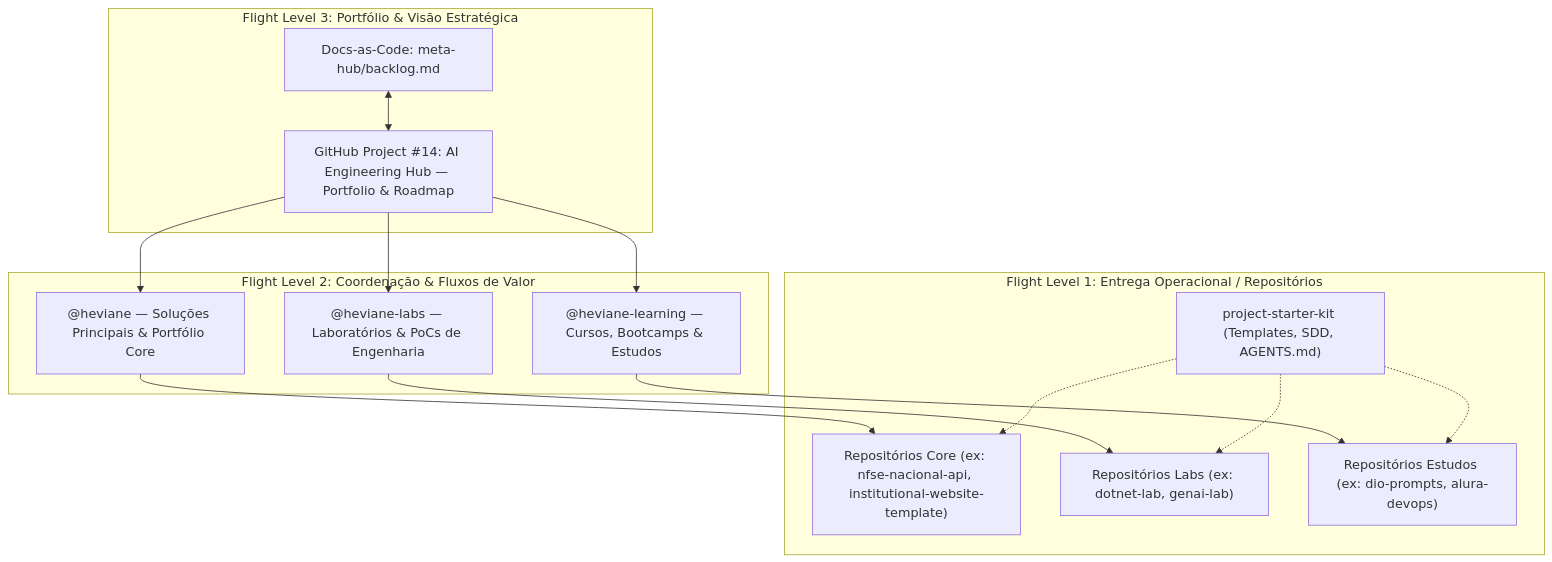
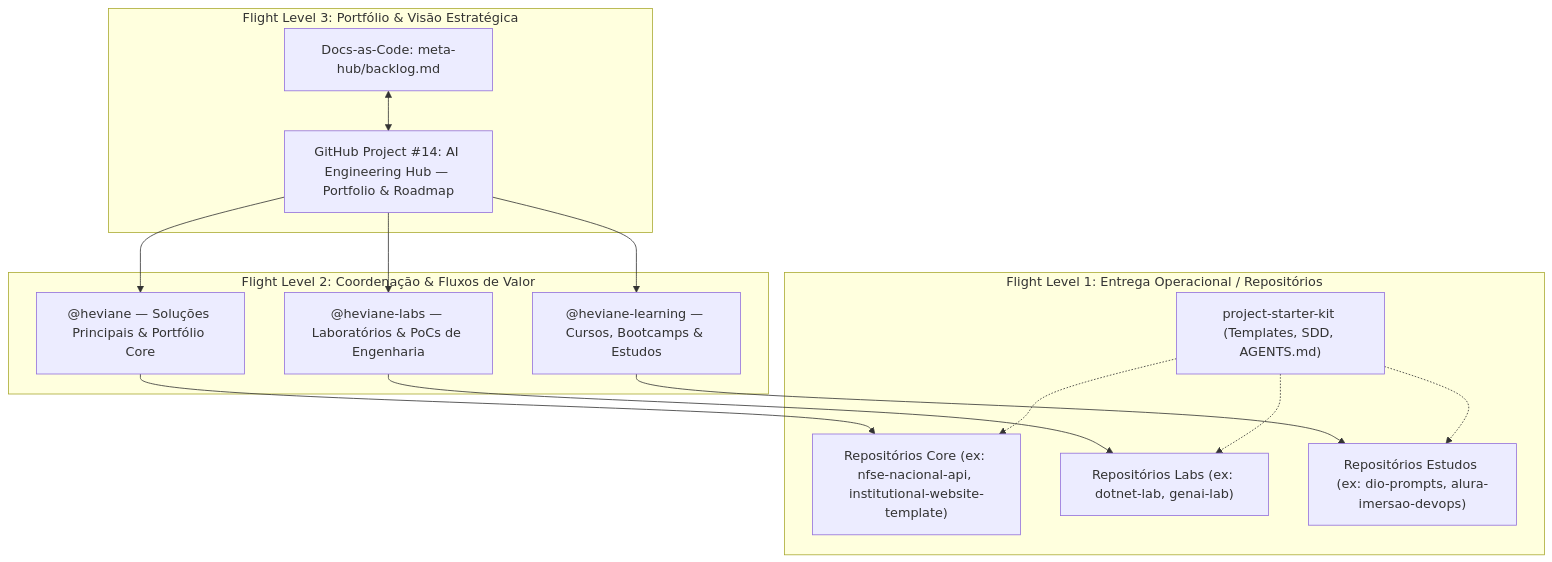
Before and after one commit to heviane/heviane: the first of 2 diagrams in meta-hub/README.md, drawn with Mermaid. The commit also changed other lines of this file and 2 other files, not shown here.

Commit message:
docs(governance): align portfolio counts, sanitize mermaid diagrams and update backlog status

````diff
--- a/meta-hub/README.md
+++ b/meta-hub/README.md
@@ -25,31 +25,31 @@
 ```mermaid
 flowchart TD
     subgraph FL3 ["Flight Level 3: Portfólio & Visão Estratégica"]
         Roadmap["GitHub Project #14: AI Engineering Hub — Portfolio & Roadmap"]
         BacklogDoc["Docs-as-Code: meta-hub/backlog.md"]
     end
 
     subgraph FL2 ["Flight Level 2: Coordenação & Fluxos de Valor"]
         OrgMain["@heviane — Soluções Principais & Portfólio Core"]
         OrgLabs["@heviane-labs — Laboratórios & PoCs de Engenharia"]
         OrgLearn["@heviane-learning — Cursos, Bootcamps & Estudos"]
     end
 
     subgraph FL1 ["Flight Level 1: Entrega Operacional / Repositórios"]
         ReposMain["Repositórios Core (ex: nfse-nacional-api, institutional-website-template)"]
         ReposLabs["Repositórios Labs (ex: dotnet-lab, genai-lab)"]
-        ReposLearn["Repositórios Estudos (ex: dio-prompts, alura-devops)"]
+        ReposLearn["Repositórios Estudos (ex: dio-prompts, alura-imersao-devops)"]
         StarterKit["project-starter-kit (Templates, SDD, AGENTS.md)"]
     end
 
     BacklogDoc <--> Roadmap
     Roadmap --> OrgMain
     Roadmap --> OrgLabs
     Roadmap --> OrgLearn
     OrgMain --> ReposMain
     OrgLabs --> ReposLabs
     OrgLearn --> ReposLearn
     StarterKit -.-> ReposMain
     StarterKit -.-> ReposLabs
     StarterKit -.-> ReposLearn
 ```
````
